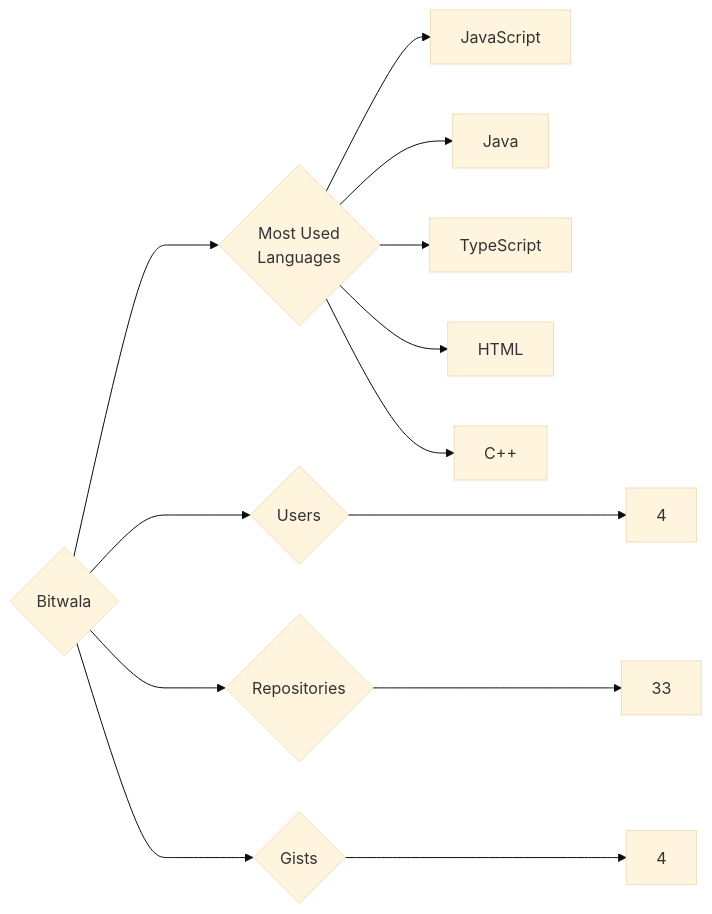
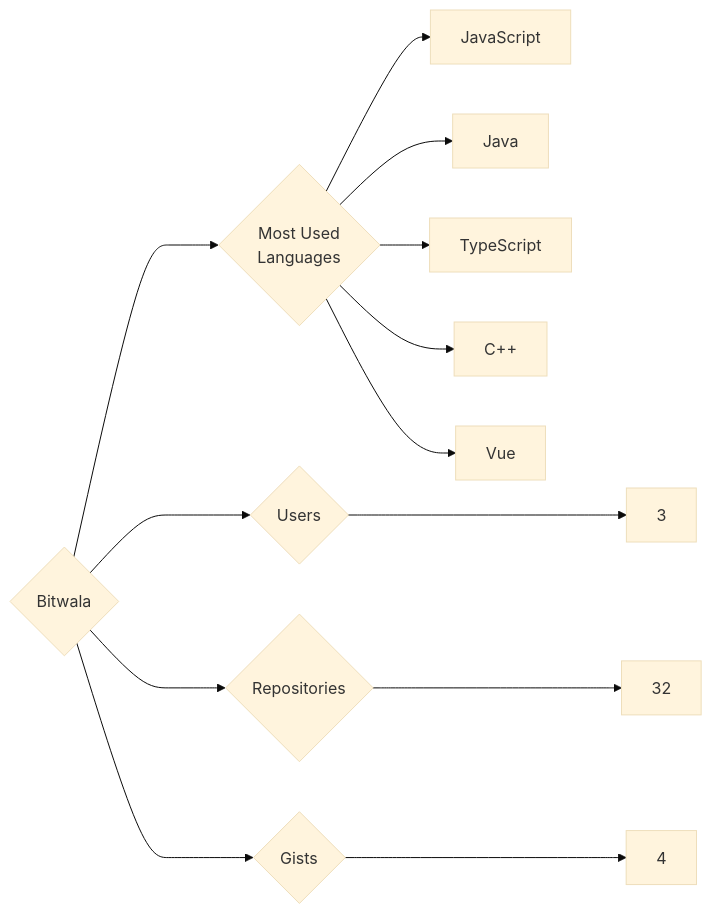
The diagram in targets/Bitwala/README.md (trickest/insiders), drawn with Mermaid (base theme) before and after one commit. The commit also changed 912 other files, not shown here.

````diff
--- a/targets/Bitwala/README.md
+++ b/targets/Bitwala/README.md
@@ -3,13 +3,13 @@
 ```mermaid
 graph LR
 COMPANY_NAME{Bitwala}
-COMPANY_NAME ---> U{Users} ---> UN[4]
-COMPANY_NAME ---> R{Repositories} ---> RN[33]
+COMPANY_NAME ---> U{Users} ---> UN[3]
+COMPANY_NAME ---> R{Repositories} ---> RN[32]
 COMPANY_NAME ---> G{Gists} ---> GN[4]
 COMPANY_NAME ---> ML{Most Used<br>Languages}
 ML --> JavaScript[JavaScript]
 ML --> Java[Java]
 ML --> TypeScript[TypeScript]
-ML --> HTML[HTML]
 ML --> C++[C++]
+ML --> Vue[Vue]
 ```
````
